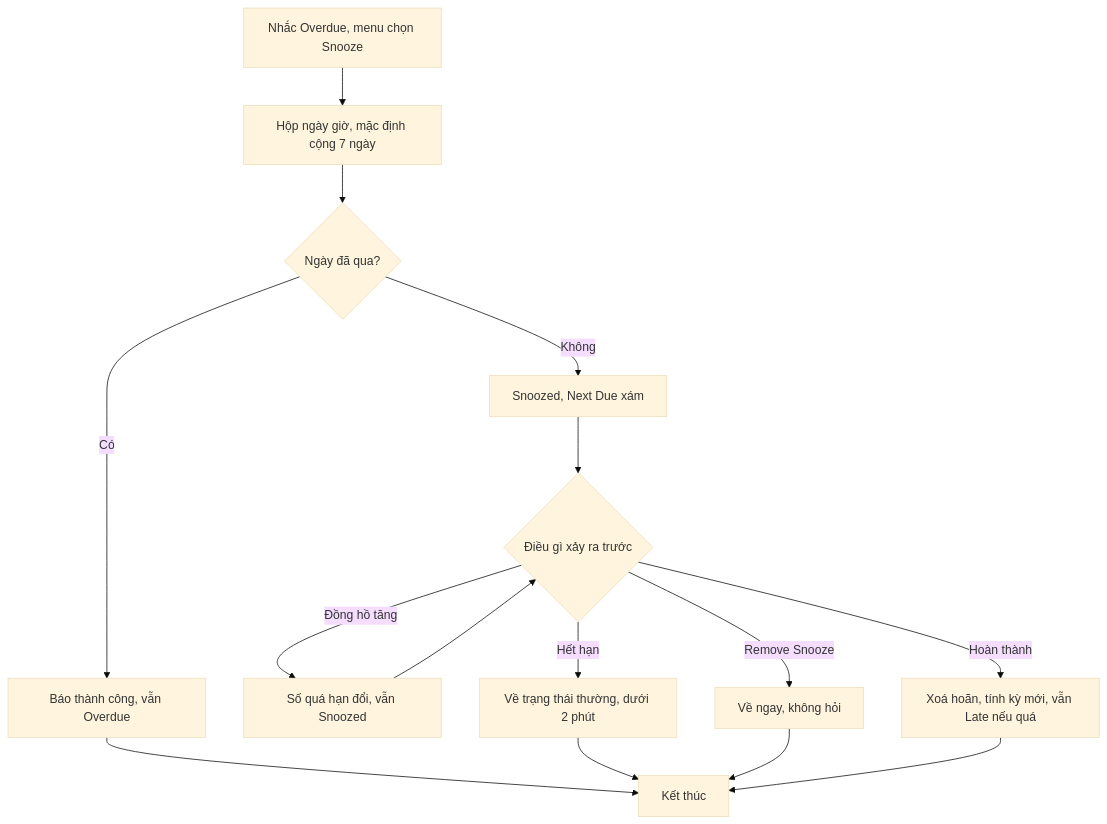
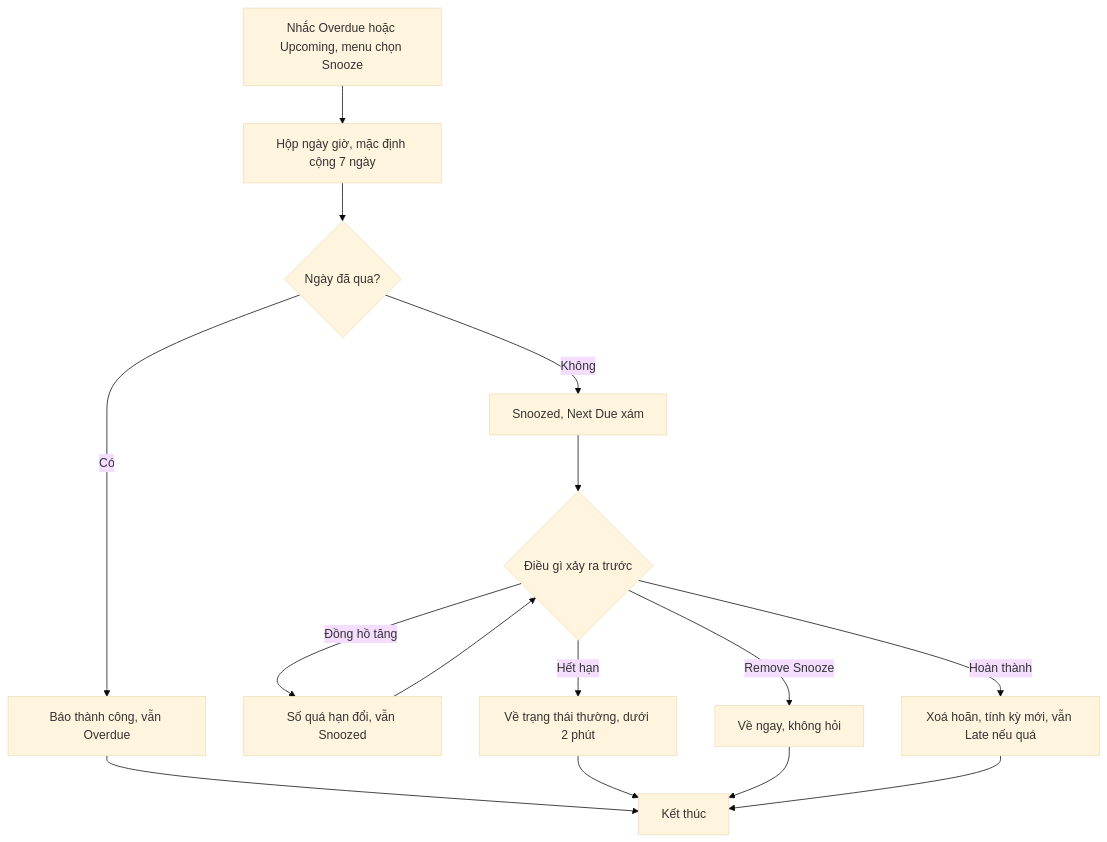
Before and after one commit to szitphan/invlogis: the third of 17 diagrams in docs/_research/fleetio/srs/fleetio-reminders-inspection-flows.md, drawn with Mermaid (base theme). The commit also changed other lines of this file and 113 other files, not shown here.

````diff
--- a/docs/_research/fleetio/srs/fleetio-reminders-inspection-flows.md
+++ b/docs/_research/fleetio/srs/fleetio-reminders-inspection-flows.md
@@ -75,17 +75,17 @@
 ```mermaid
 flowchart TD
-    A["Nhắc Overdue, menu chọn Snooze"] --> B["Hộp ngày giờ, mặc định cộng 7 ngày"]
+    A["Nhắc Overdue hoặc Upcoming, menu chọn Snooze"] --> B["Hộp ngày giờ, mặc định cộng 7 ngày"]
     B --> C{"Ngày đã qua?"}
     C -->|"Có"| D["Báo thành công, vẫn Overdue"]
     C -->|"Không"| E["Snoozed, Next Due xám"]
     E --> F{"Điều gì xảy ra trước"}
     F -->|"Đồng hồ tăng"| G["Số quá hạn đổi, vẫn Snoozed"]
     G --> F
     F -->|"Hết hạn"| H["Về trạng thái thường, dưới 2 phút"]
     F -->|"Remove Snooze"| I["Về ngay, không hỏi"]
     F -->|"Hoàn thành"| J["Xoá hoãn, tính kỳ mới, vẫn Late nếu quá"]
     D --> End["Kết thúc"]
     H --> End["Kết thúc"]
     I --> End["Kết thúc"]
     J --> End["Kết thúc"]
 ```
````
